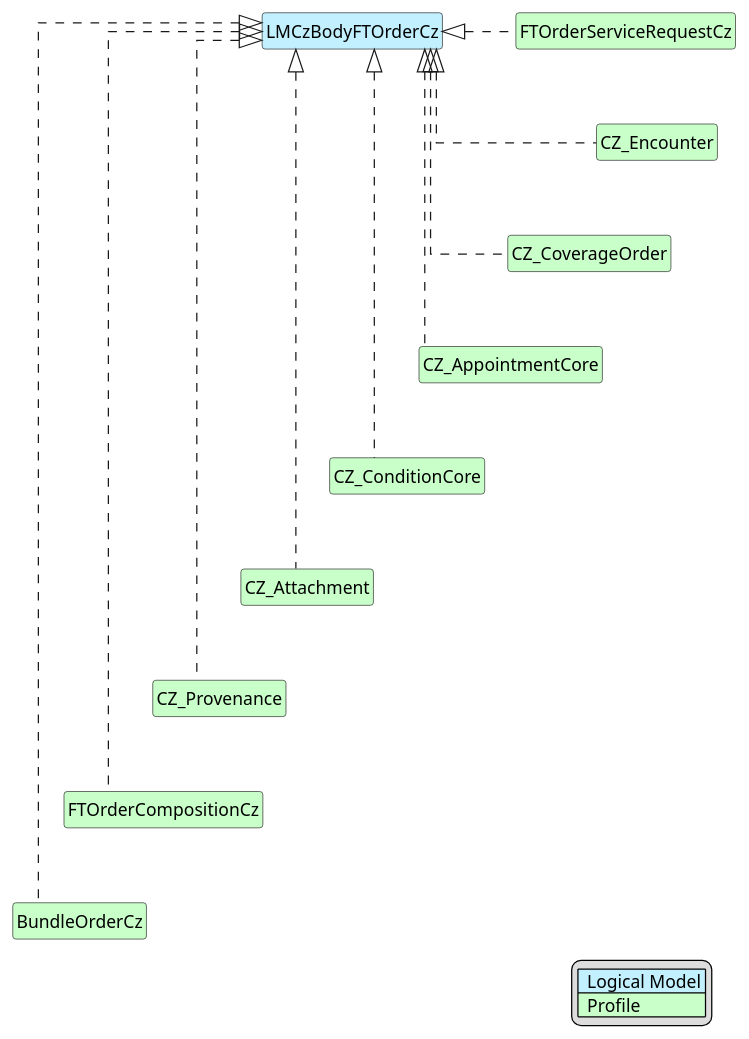
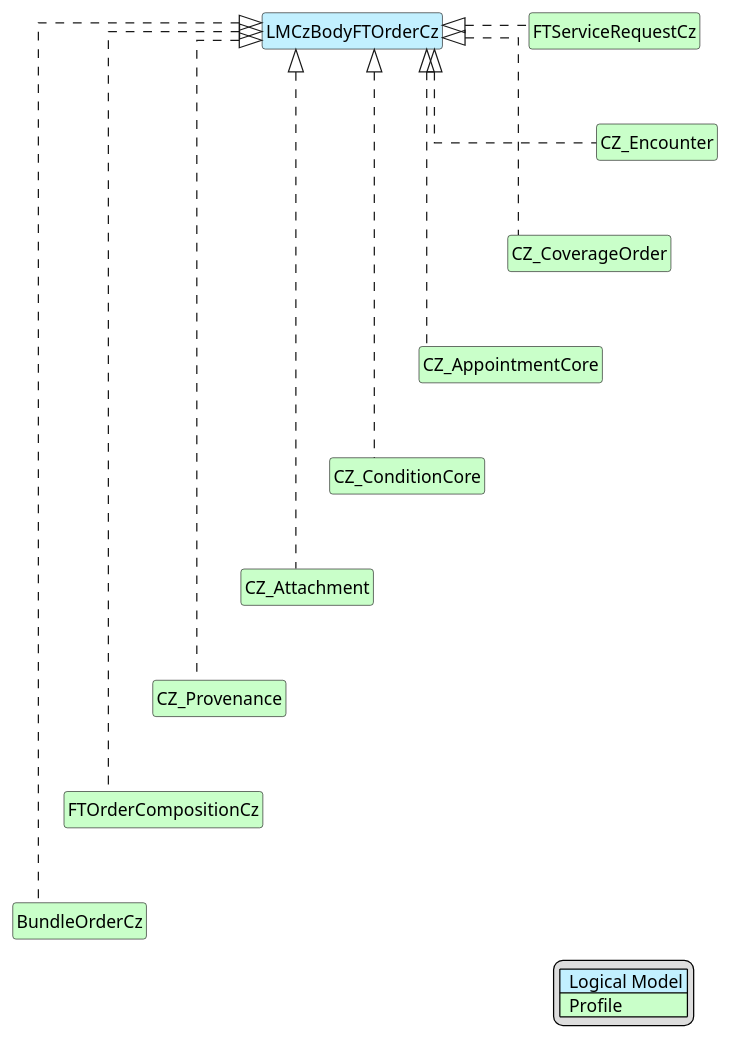
One commit to HL7-cz/k-order changed the diagram in input/images-source/FT-Body-map.plantuml. Above: the diagram before and after it, drawn with PlantUML. The commit also changed 67 other files, not shown here.

```diff
--- a/input/images-source/FT-Body-map.plantuml
+++ b/input/images-source/FT-Body-map.plantuml
@@ -1,57 +1,57 @@
 @startuml
 
 hide circle
 hide stereotype
 hide members
 hide methods
 
 skinparam linetype ortho
 
 skinparam class {
 BackgroundColor<<LogicalModel>> #APPLICATION
 BackgroundColor<<Profile>> #TECHNOLOGY
 }
 
 legend right
 | <#APPLICATION>  Logical Model |
 | <#TECHNOLOGY>  Profile |
 endlegend
 
 class "LMCzBodyFTOrderCz" <<LogicalModel>> [[StructureDefinition-LMBodyFTOrder.html]]
 
-class "FTOrderServiceRequestCz" <<Profile>> [[StructureDefinition-FTServiceRequestCz.html]]
-"LMCzBodyFTOrderCz" <|. "FTOrderServiceRequestCz"
+class "FTServiceRequestCz" <<Profile>> [[StructureDefinition-FTServiceRequestCz.html]]
+"LMCzBodyFTOrderCz" <|. "FTServiceRequestCz"
 
-class "CZ_Encounter" <<Profile>> [[https://hl7.cz/fhir/core/StructureDefinition-encounter-cz-core.html]]
+class "CZ_Encounter" <<Profile>> [[https://hl7.cz/fhir/core/StructureDefinition-cz-encounter.html]]
 "LMCzBodyFTOrderCz" <|. "CZ_Encounter"
-"FTOrderServiceRequestCz" -d[hidden]-> "CZ_Encounter"
+"FTServiceRequestCz" -d[hidden]-> "CZ_Encounter"
 
 class "CZ_CoverageOrder" <<Profile>> [[StructureDefinition-cz-coverage-order.html]]
 "LMCzBodyFTOrderCz" <|. "CZ_CoverageOrder"
 "CZ_Encounter" -d[hidden]-> "CZ_CoverageOrder"
 
 class "CZ_AppointmentCore" <<Profile>> [[https://hl7.cz/fhir/core/StructureDefinition-appointment-cz-core.html]]
 "LMCzBodyFTOrderCz" <|. "CZ_AppointmentCore"
 "CZ_CoverageOrder" -d[hidden]-> "CZ_AppointmentCore"
 
 class "CZ_ConditionCore" <<Profile>> [[https://hl7.cz/fhir/core/StructureDefinition-condition-cz-core.html]]
 "LMCzBodyFTOrderCz" <|. "CZ_ConditionCore"
 "CZ_AppointmentCore" -d[hidden]-> "CZ_ConditionCore"
 
 class "CZ_Attachment" <<Profile>> [[https://hl7.cz/fhir/core/StructureDefinition-cz-attachment.html]]
 "LMCzBodyFTOrderCz" <|. "CZ_Attachment"
 "CZ_ConditionCore" -d[hidden]-> "CZ_Attachment"
 
 class "CZ_Provenance" <<Profile>> [[https://hl7.cz/fhir/core/StructureDefinition-cz-provenance.html]]
 "LMCzBodyFTOrderCz" <|. "CZ_Provenance"
 "CZ_Attachment" -d[hidden]-> "CZ_Provenance"
 
-class "FTOrderCompositionCz" <<Profile>> [[StructureDefinition-FTOrderCompositionCz.html]]
+class "FTOrderCompositionCz" <<Profile>> [[StructureDefinition-ft-order-composition-cz.html]]
 "LMCzBodyFTOrderCz" <|. "FTOrderCompositionCz"
 "CZ_Provenance" -d[hidden]-> "FTOrderCompositionCz"
 
 class "BundleOrderCz" <<Profile>> [[StructureDefinition-BundleOrderCz.html]]
 "LMCzBodyFTOrderCz" <|. "BundleOrderCz"
 "FTOrderCompositionCz" -d[hidden]-> "BundleOrderCz"
 
 @enduml
```
